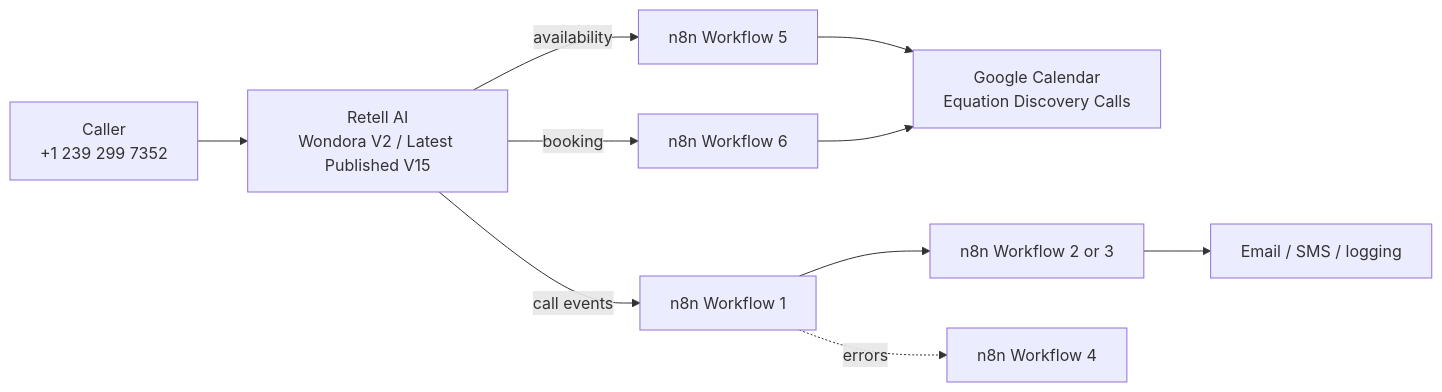
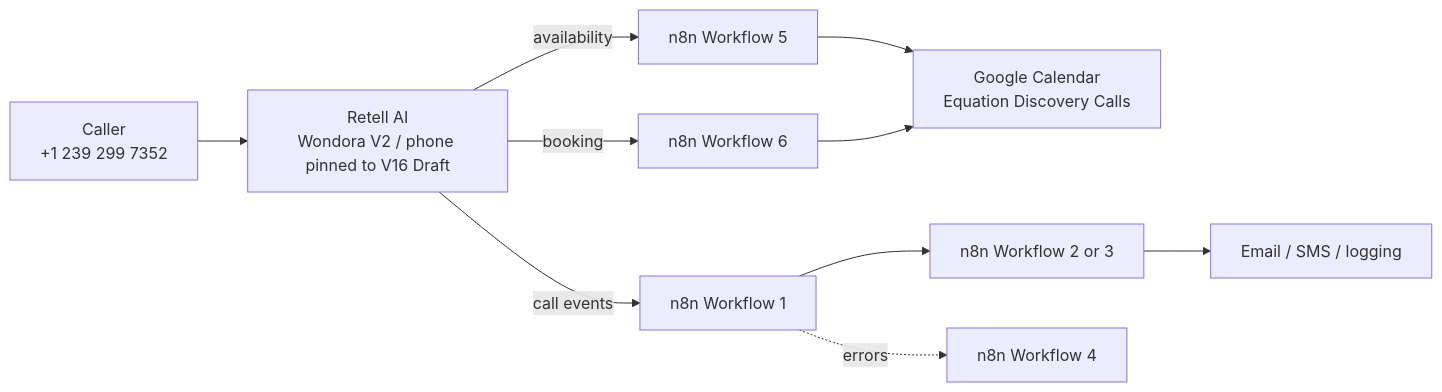
Before and after one commit to noahbigaraa-hue/equation-ai-receptionist: the diagram in README.md, drawn with Mermaid. The commit also changed other lines of this file and 10 other files, not shown here.

````diff
--- a/README.md
+++ b/README.md
@@ -9,12 +9,12 @@
 ```mermaid
 flowchart LR
-    A["Caller<br/>+1 239 299 7352"] --> B["Retell AI<br/>Wondora V2 / Latest Published V15"]
+    A["Caller<br/>+1 239 299 7352"] --> B["Retell AI<br/>Wondora V2 / phone pinned to V16 Draft"]
     B -->|"availability"| E["n8n Workflow 5"]
     B -->|"booking"| F["n8n Workflow 6"]
     B -->|"call events"| C["n8n Workflow 1"]
     C --> D["n8n Workflow 2 or 3"]
     E --> G["Google Calendar<br/>Equation Discovery Calls"]
     F --> G
     D --> H["Email / SMS / logging"]
     C -. errors .-> I["n8n Workflow 4"]
 ```
````
